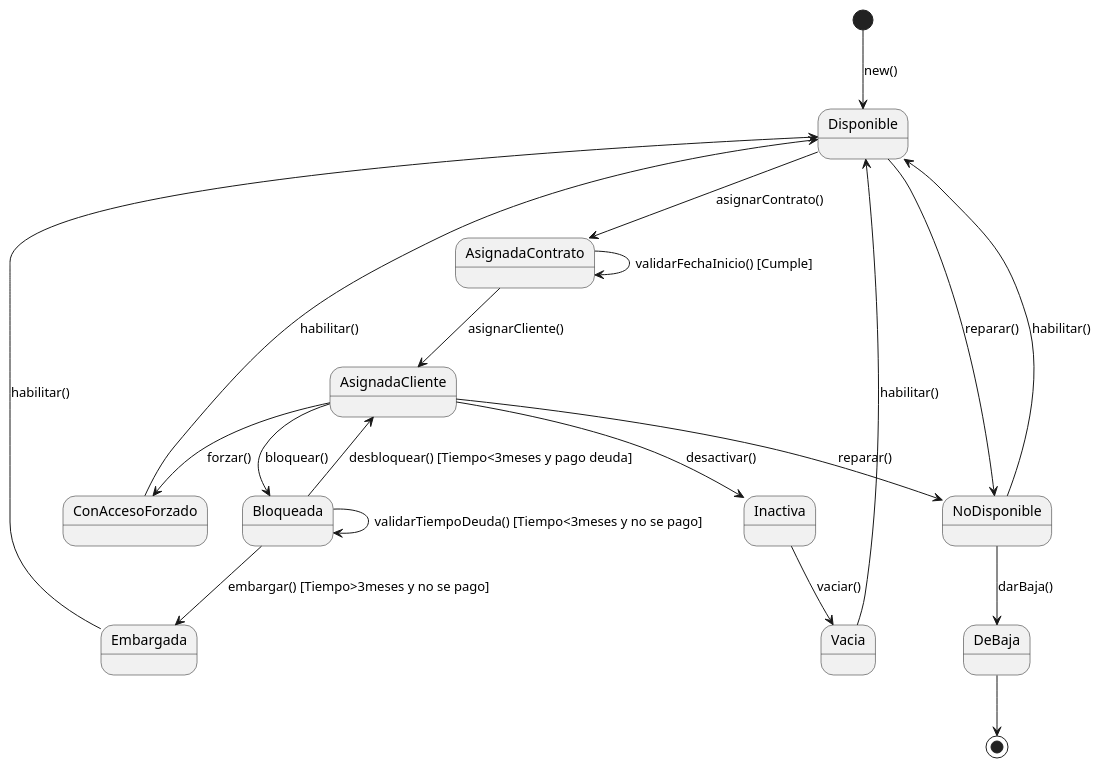
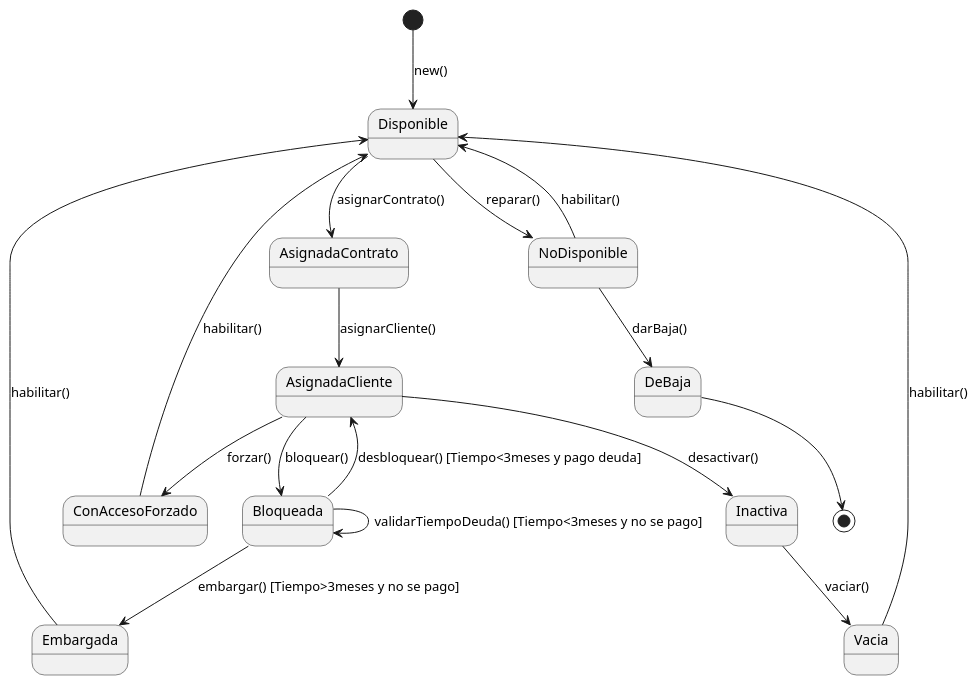
The diagram in PreParciales/Parcial/Estados/CajaSeguridad.puml (IgnacioSala20/Diagramas), drawn with PlantUML before and after one commit. The commit also changed 5 other files, not shown here.

```diff
--- a/PreParciales/Parcial/Estados/CajaSeguridad.puml
+++ b/PreParciales/Parcial/Estados/CajaSeguridad.puml
@@ -1,39 +1,36 @@
 @startuml cajaseguridad
 [*] --> Disponible : new()
 
 
 Disponible --> AsignadaContrato : asignarContrato()
 
 
 AsignadaContrato --> AsignadaCliente: asignarCliente()
-AsignadaContrato --> AsignadaContrato : validarFechaInicio() [Cumple]
 AsignadaCliente --> ConAccesoForzado : forzar()
 
 ConAccesoForzado --> Disponible : habilitar()
 
 AsignadaCliente --> Bloqueada : bloquear()
 
 Bloqueada --> AsignadaCliente : desbloquear() [Tiempo<3meses y pago deuda]
 
 Bloqueada --> Bloqueada : validarTiempoDeuda() [Tiempo<3meses y no se pago]
 
 Bloqueada --> Embargada : embargar() [Tiempo>3meses y no se pago]
 
 Embargada --> Disponible : habilitar()
-
-AsignadaCliente --> NoDisponible : reparar() 
 
 
 Disponible --> NoDisponible : reparar()
 
 NoDisponible --> Disponible : habilitar()
 
 NoDisponible --> DeBaja : darBaja()
 
 AsignadaCliente-->Inactiva : desactivar()
 Inactiva --> Vacia : vaciar()
 Vacia --> Disponible : habilitar()
 
 DeBaja --> [*]
 
 @enduml
```
